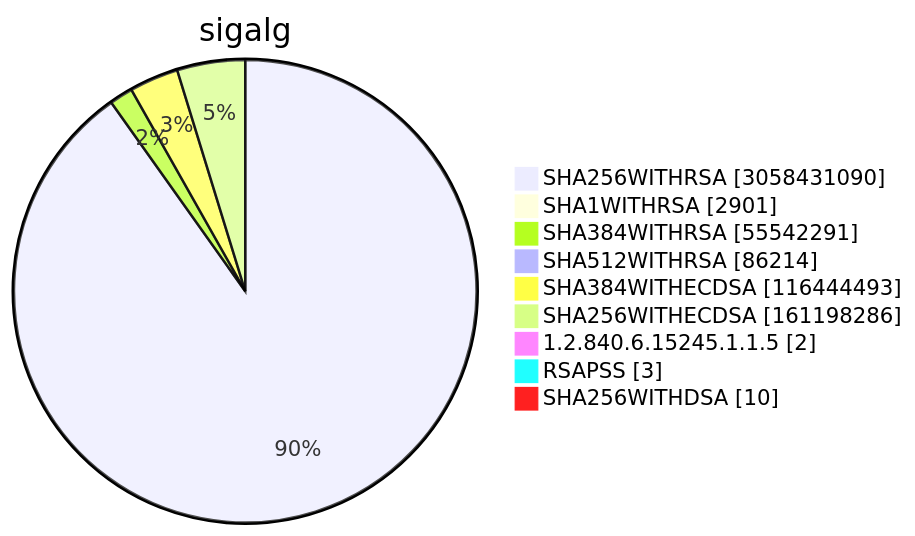
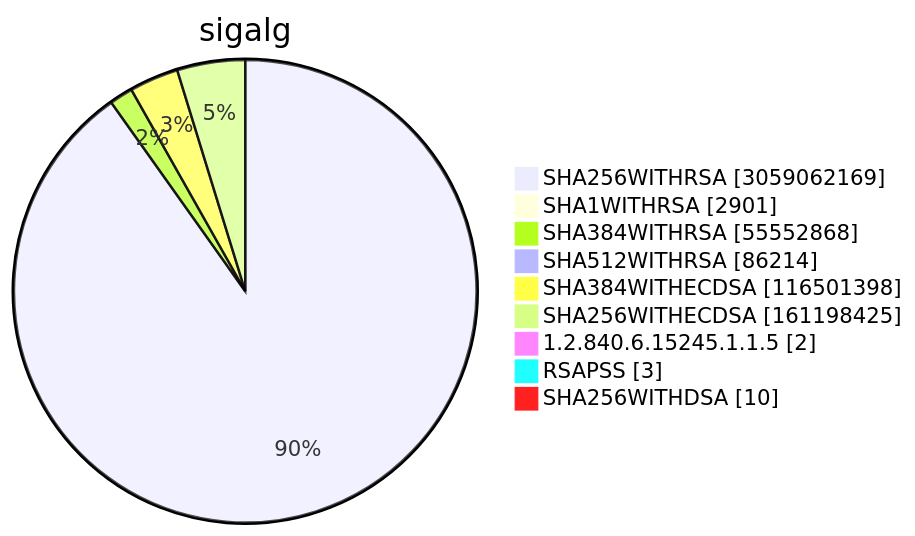
Diagram 15 of 15 in TOTAL/README.md (christiankrug/ctmonitor_visualization), drawn with Mermaid before and after one commit. The commit also changed other lines of this file, not shown here.

````diff
--- a/TOTAL/README.md
+++ b/TOTAL/README.md
@@ -6209,13 +6209,13 @@
 ```mermaid
 pie showData
 title sigalg
-"SHA256WITHRSA" :3058431090
+"SHA256WITHRSA" :3059062169
 "SHA1WITHRSA" :2901
-"SHA384WITHRSA" :55542291
+"SHA384WITHRSA" :55552868
 "SHA512WITHRSA" :86214
-"SHA384WITHECDSA" :116444493
-"SHA256WITHECDSA" :161198286
+"SHA384WITHECDSA" :116501398
+"SHA256WITHECDSA" :161198425
 "1.2.840.6.15245.1.1.5" :2
 "RSAPSS" :3
 "SHA256WITHDSA" :10
 ```
````
